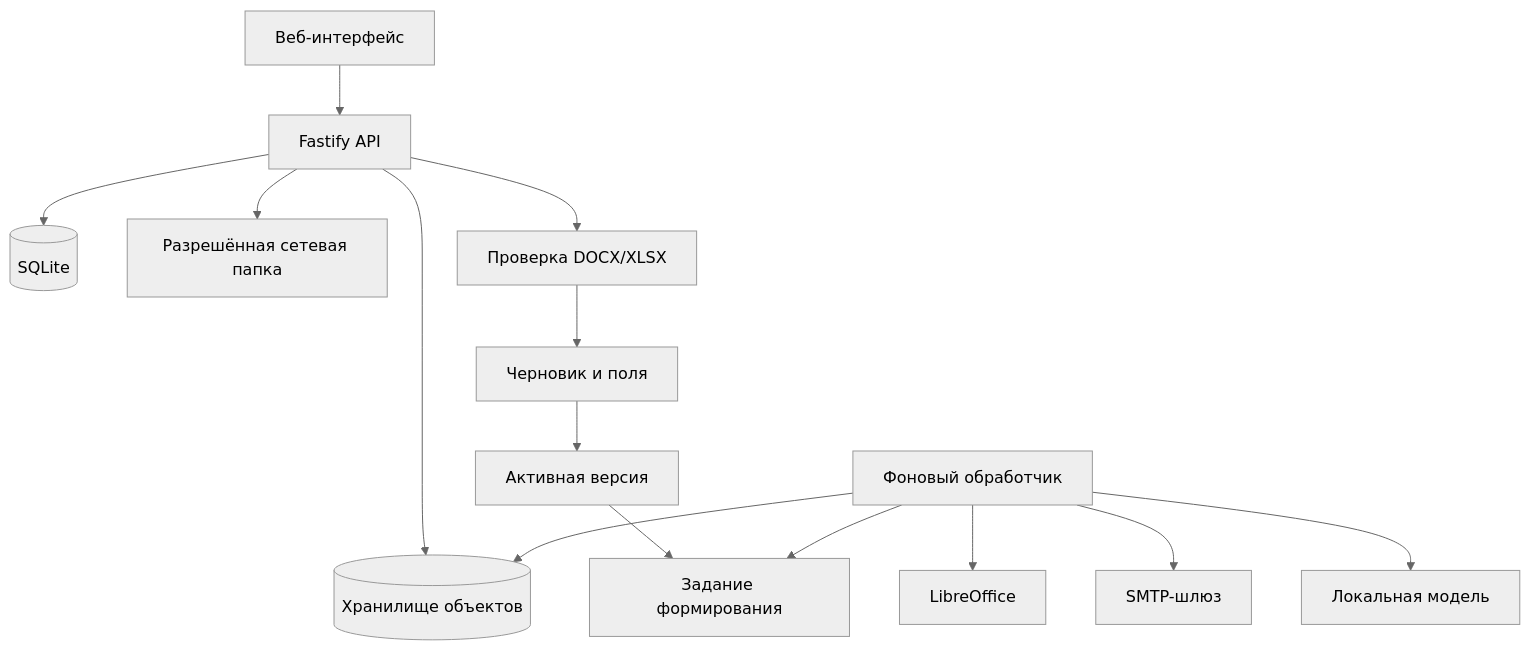
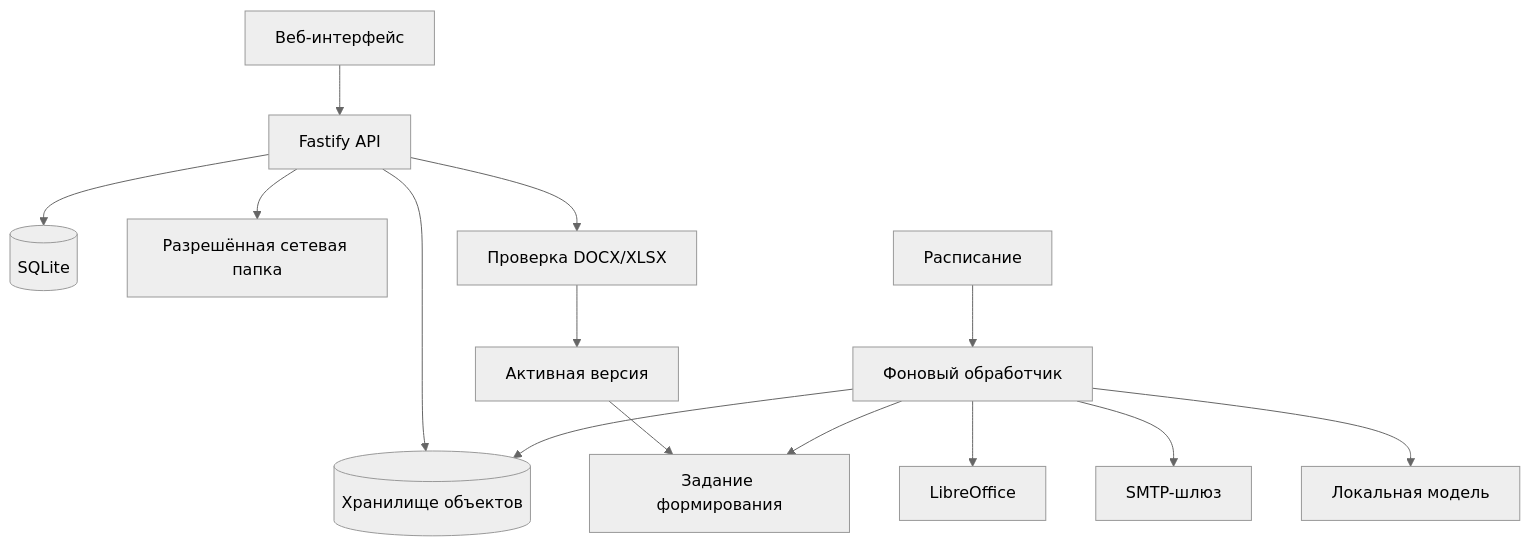
Before and after one commit to f2re/docomator: the diagram in README.md, drawn with Mermaid (neutral theme). The commit also changed other lines of this file, not shown here.

````diff
--- a/README.md
+++ b/README.md
@@ -180,16 +198,16 @@
 ```mermaid
 flowchart TB
     UI[Веб-интерфейс] --> API[Fastify API]
     API --> DB[(SQLite)]
     API --> OBJECTS[(Хранилище объектов)]
     API --> SHARE[Разрешённая сетевая папка]
     API --> INTAKE[Проверка DOCX/XLSX]
-    INTAKE --> DRAFT[Черновик и поля]
-    DRAFT --> RELEASE[Активная версия]
+    INTAKE --> RELEASE[Активная версия]
     RELEASE --> JOB[Задание формирования]
-    WORKER[Фоновый обработчик] --> JOB
+    SCHEDULE[Расписание] --> WORKER[Фоновый обработчик]
+    WORKER --> JOB
     WORKER --> OBJECTS
     WORKER --> LO[LibreOffice]
     WORKER --> SMTP[SMTP-шлюз]
     WORKER --> LLM[Локальная модель]
 ```
````
